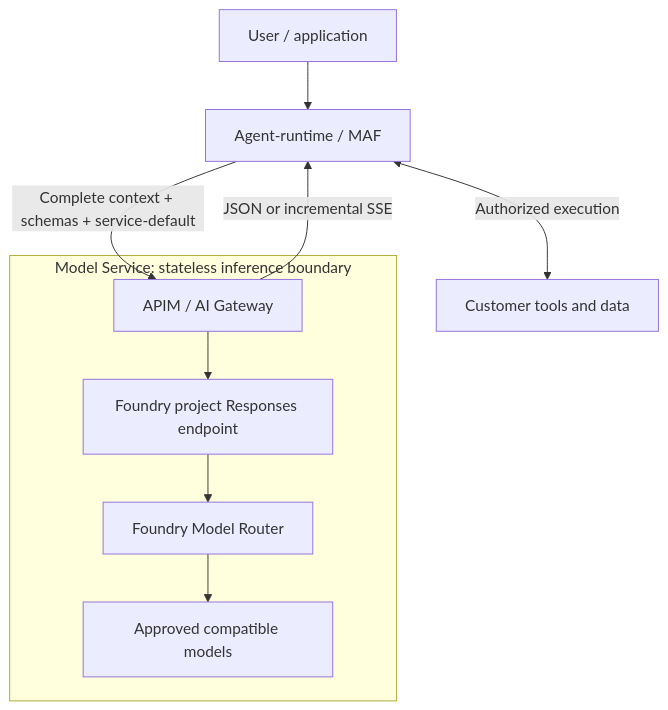
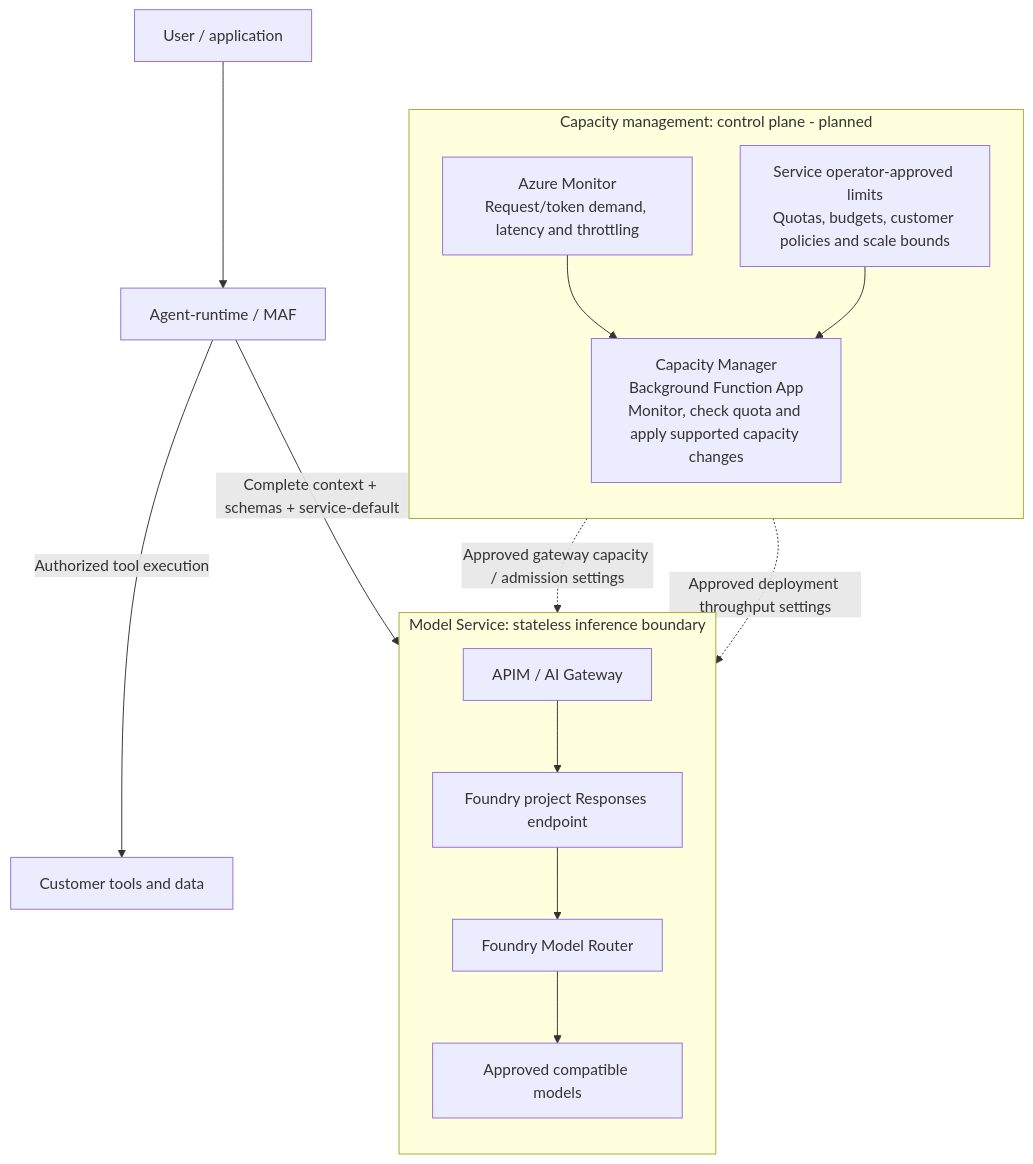
The diagram in 09-stateless-model-router/proposal.md (swapnil-nagar/model-service-pocs), drawn with Mermaid before and after one commit. The commit also changed other lines of this file, not shown here.

Commit message:
Add capacity management control plane to POC 09 design

````diff
--- a/09-stateless-model-router/proposal.md
+++ b/09-stateless-model-router/proposal.md
@@ -65,12 +55,22 @@
 ```mermaid
 flowchart TB
+    subgraph CP["Capacity management: control plane - planned"]
+        direction TB
+        MON["Azure Monitor<br/>Request/token demand, latency and throttling"]
+        POL["Service operator-approved limits<br/>Quotas, budgets, customer policies and scale bounds"]
+        CM["Capacity Manager<br/>Background Function App<br/>Monitor, check quota and apply supported capacity changes"]
+        MON --> CM
+        POL --> CM
+    end
     U["User / application"] --> R["Agent-runtime / MAF"]
-    R <-->|"Authorized execution"| T["Customer tools and data"]
+    R -->|"Authorized tool execution"| T["Customer tools and data"]
     subgraph MS["Model Service: stateless inference boundary"]
+        direction TB
         G["APIM / AI Gateway"] --> P["Foundry project Responses endpoint"]
         P --> MR["Foundry Model Router"]
         MR --> M["Approved compatible models"]
     end
     R -->|"Complete context + schemas + service-default"| G
-    G -->|"JSON or incremental SSE"| R
+    CM -.->|"Approved gateway capacity / admission settings"| G
+    CM -.->|"Approved deployment throughput settings"| MR
 ```
````
